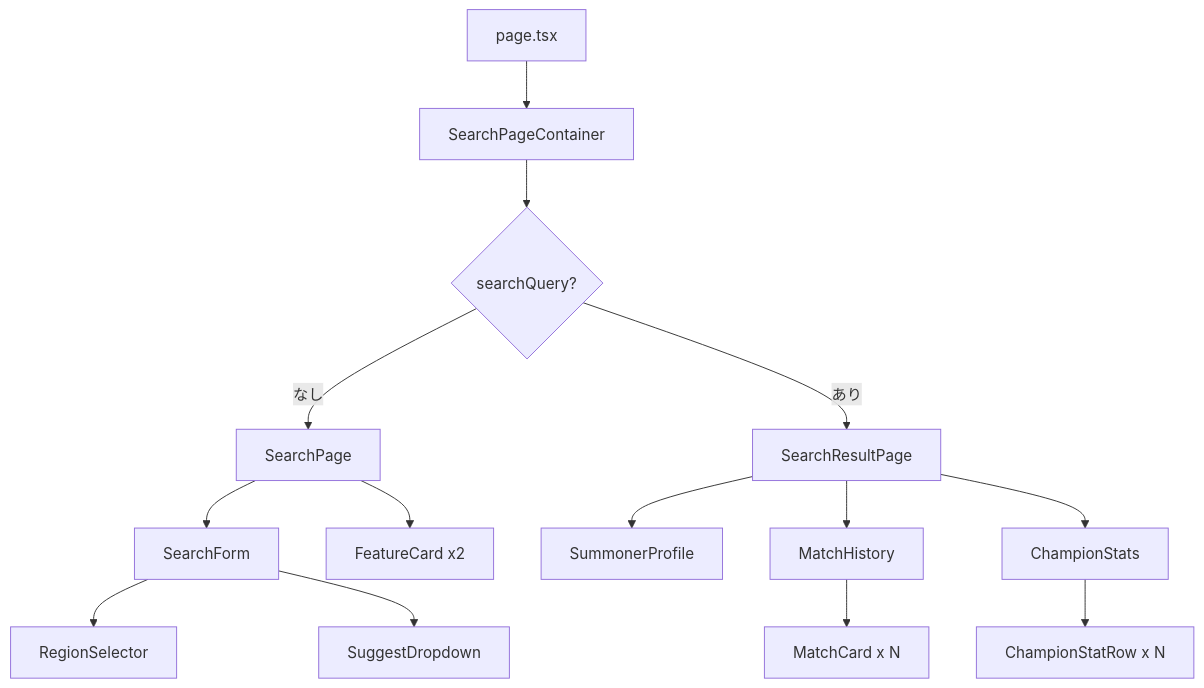
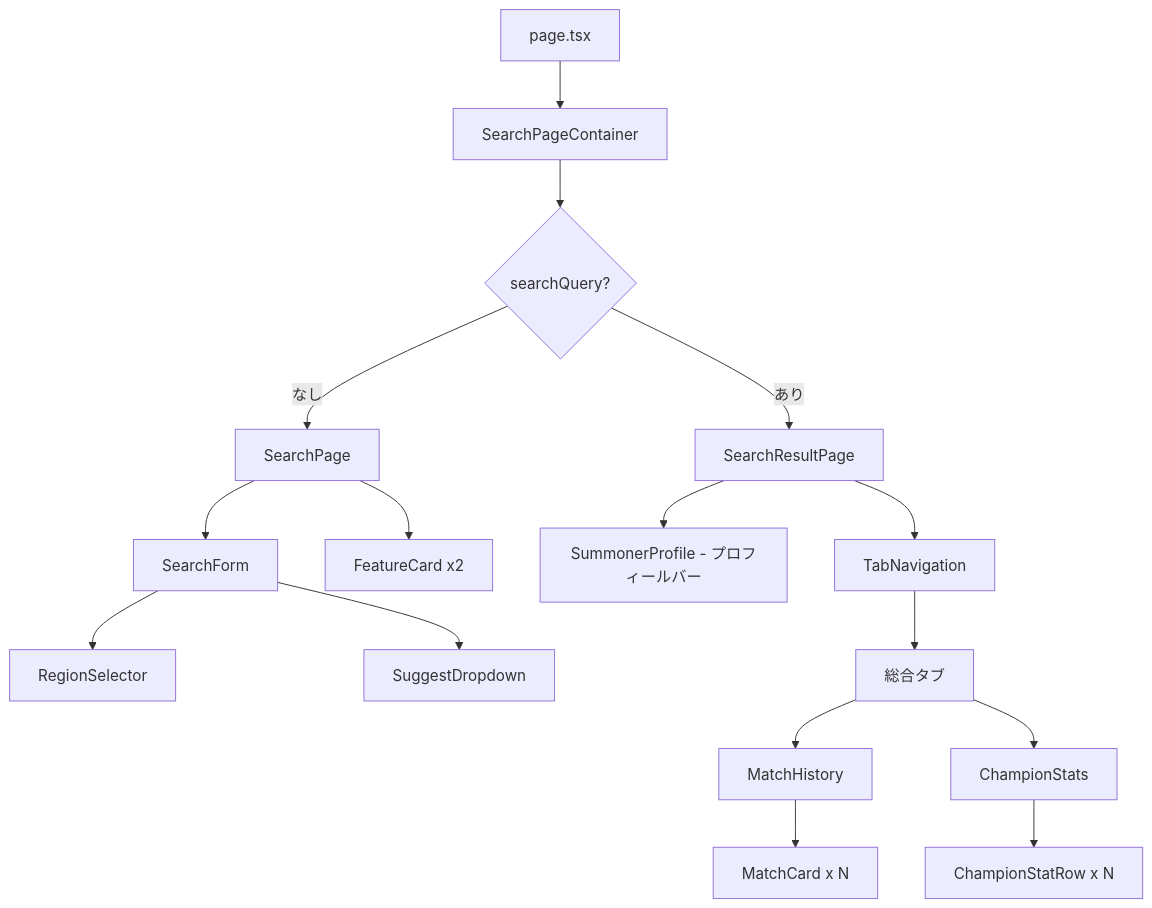
One commit to clone701/lollab changed the diagram in .kiro/specs/summoner-search/design.md. Above: the diagram before and after it, drawn with Mermaid. The commit also changed other lines of this file and 64 other files, not shown here.

````diff
--- a/.kiro/specs/summoner-search/design.md
+++ b/.kiro/specs/summoner-search/design.md
@@ -20,16 +25,18 @@
 ```mermaid
 graph TD
   A[page.tsx] --> B[SearchPageContainer]
   B --> C{searchQuery?}
   C -- なし --> D[SearchPage]
   C -- あり --> E[SearchResultPage]
   D --> F[SearchForm]
   D --> G[FeatureCard x2]
   F --> H[RegionSelector]
   F --> I[SuggestDropdown]
-  E --> J[SummonerProfile]
-  E --> K[MatchHistory]
-  E --> L[ChampionStats]
+  E --> J[SummonerProfile - プロフィールバー]
+  E --> T[TabNavigation]
+  T --> U[総合タブ]
+  U --> K[MatchHistory]
+  U --> L[ChampionStats]
   K --> M[MatchCard x N]
   L --> N[ChampionStatRow x N]
 ```
````
